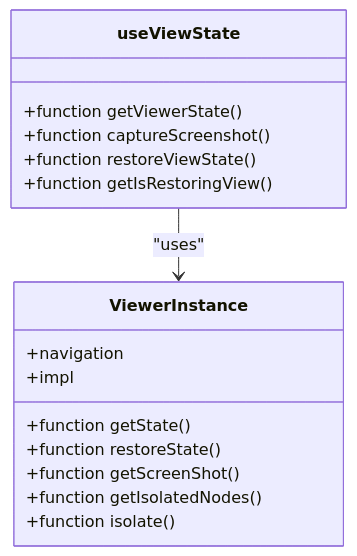
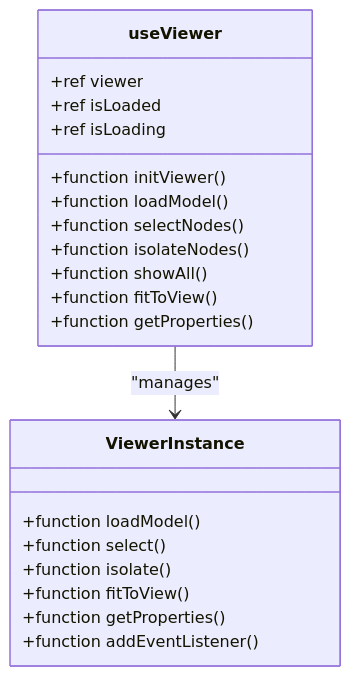
Before and after one commit to ideeinfo/TwinSight: the second of 6 diagrams in .qoder/repowiki/zh/content/前端架构/组合式函数.md, drawn with Mermaid. The commit also changed other lines of this file and 5 other files, not shown here.

````diff
--- a/.qoder/repowiki/zh/content/前端架构/组合式函数.md
+++ b/.qoder/repowiki/zh/content/前端架构/组合式函数.md
@@ -90,19 +89,24 @@
 ```mermaid
 classDiagram
-class useViewState {
-+function getViewerState()
-+function captureScreenshot()
-+function restoreViewState()
-+function getIsRestoringView()
+class useViewer {
++ref viewer
++ref isLoaded
++ref isLoading
++function initViewer()
++function loadModel()
++function selectNodes()
++function isolateNodes()
++function showAll()
++function fitToView()
++function getProperties()
 }
 class ViewerInstance {
-+function getState()
-+function restoreState()
-+function getScreenShot()
-+function getIsolatedNodes()
++function loadModel()
++function select()
 +function isolate()
-+navigation
-+impl
++function fitToView()
++function getProperties()
++function addEventListener()
 }
-useViewState --> ViewerInstance : "uses"
+useViewer --> ViewerInstance : "manages"
 ```
````
